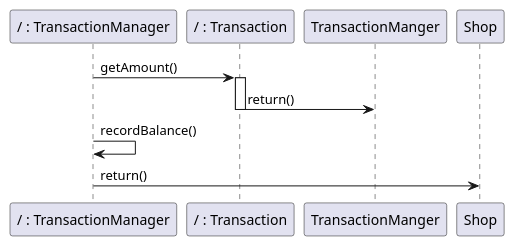
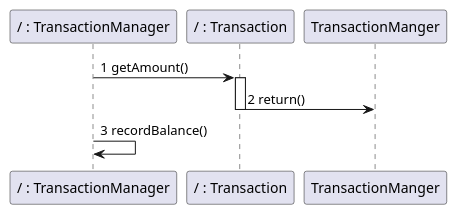
One commit to nicolabattaglino/ezshop changed diagram 13 of 14 in Deliverables/DesignDocument.md. Above: the diagram before and after it, drawn with PlantUML. The commit also changed other lines of this file, not shown here.

````diff
--- a/Deliverables/DesignDocument.md
+++ b/Deliverables/DesignDocument.md
@@ -685,15 +685,14 @@
 ```plantuml
 @startuml
 
 
 participant "/ : TransactionManager" as TransactionManager
 participant "/ : Transaction" as Transaction
-TransactionManager-> Transaction: getAmount()
+TransactionManager-> Transaction:1 getAmount()
 activate Transaction
-Transaction -> TransactionManger: return()
+Transaction -> TransactionManger:2 return()
 deactivate Transaction
-TransactionManager -> TransactionManager: recordBalance() 
-TransactionManager -> Shop:return()
+TransactionManager -> TransactionManager:3 recordBalance() 
 
 @enduml
 ```
````
